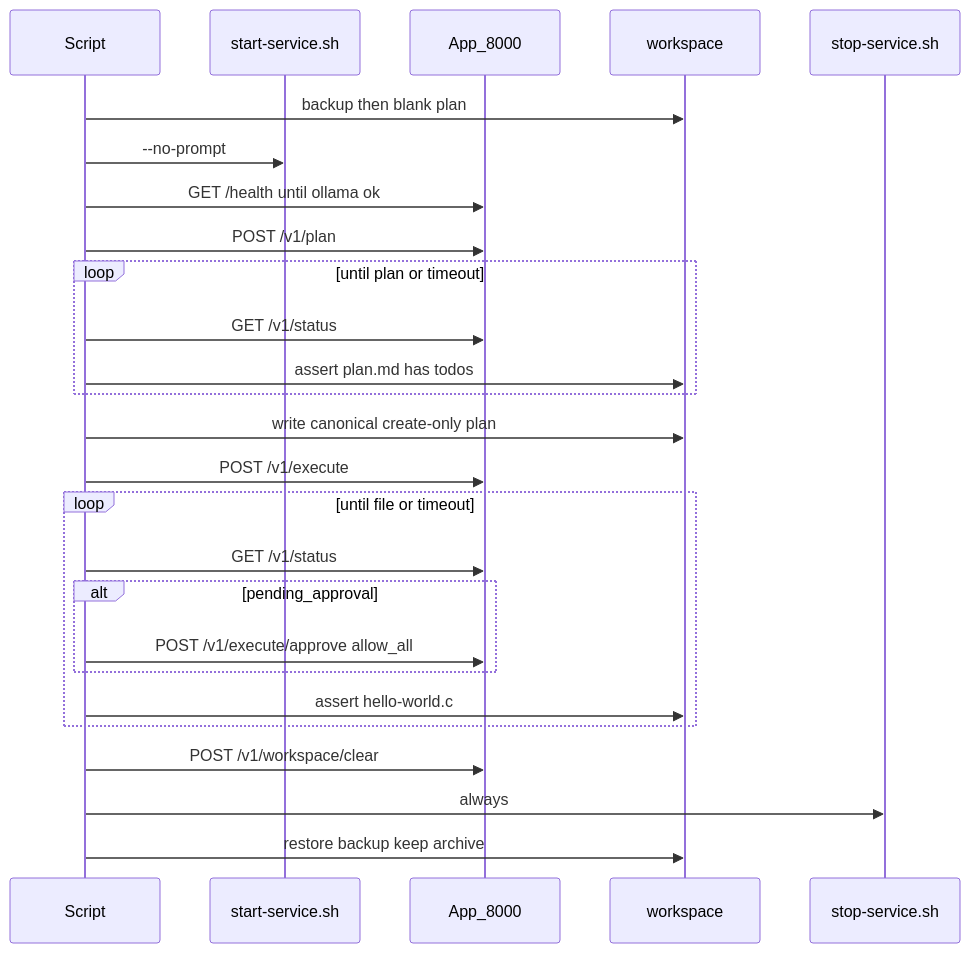
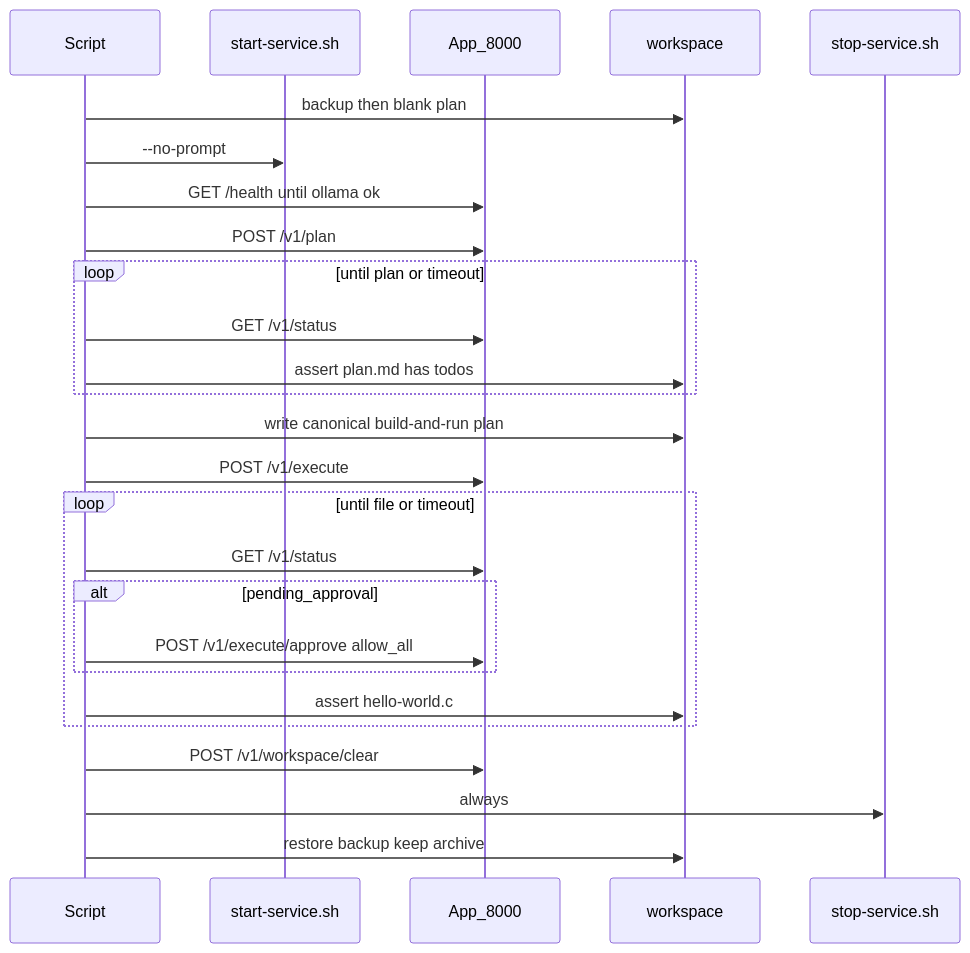
One commit to mtshomskyieee/tiny-local-coder changed the diagram in integration-tests/PLAN.md. Above: the diagram before and after it, drawn with Mermaid. The commit also changed other lines of this file and 2 other files, not shown here.

````diff
--- a/integration-tests/PLAN.md
+++ b/integration-tests/PLAN.md
@@ -38,28 +46,28 @@
 ```mermaid
 sequenceDiagram
   participant Script
   participant Start as start-service.sh
   participant API as App_8000
   participant WS as workspace
   participant Stop as stop-service.sh
   Script->>WS: backup then blank plan
   Script->>Start: --no-prompt
   Script->>API: GET /health until ollama ok
   Script->>API: POST /v1/plan
   loop until plan or timeout
     Script->>API: GET /v1/status
     Script->>WS: assert plan.md has todos
   end
-  Script->>WS: write canonical create-only plan
+  Script->>WS: write canonical build-and-run plan
   Script->>API: POST /v1/execute
   loop until file or timeout
     Script->>API: GET /v1/status
     alt pending_approval
       Script->>API: POST /v1/execute/approve allow_all
     end
     Script->>WS: assert hello-world.c
   end
   Script->>API: POST /v1/workspace/clear
   Script->>Stop: always
   Script->>WS: restore backup keep archive
 ```
````
